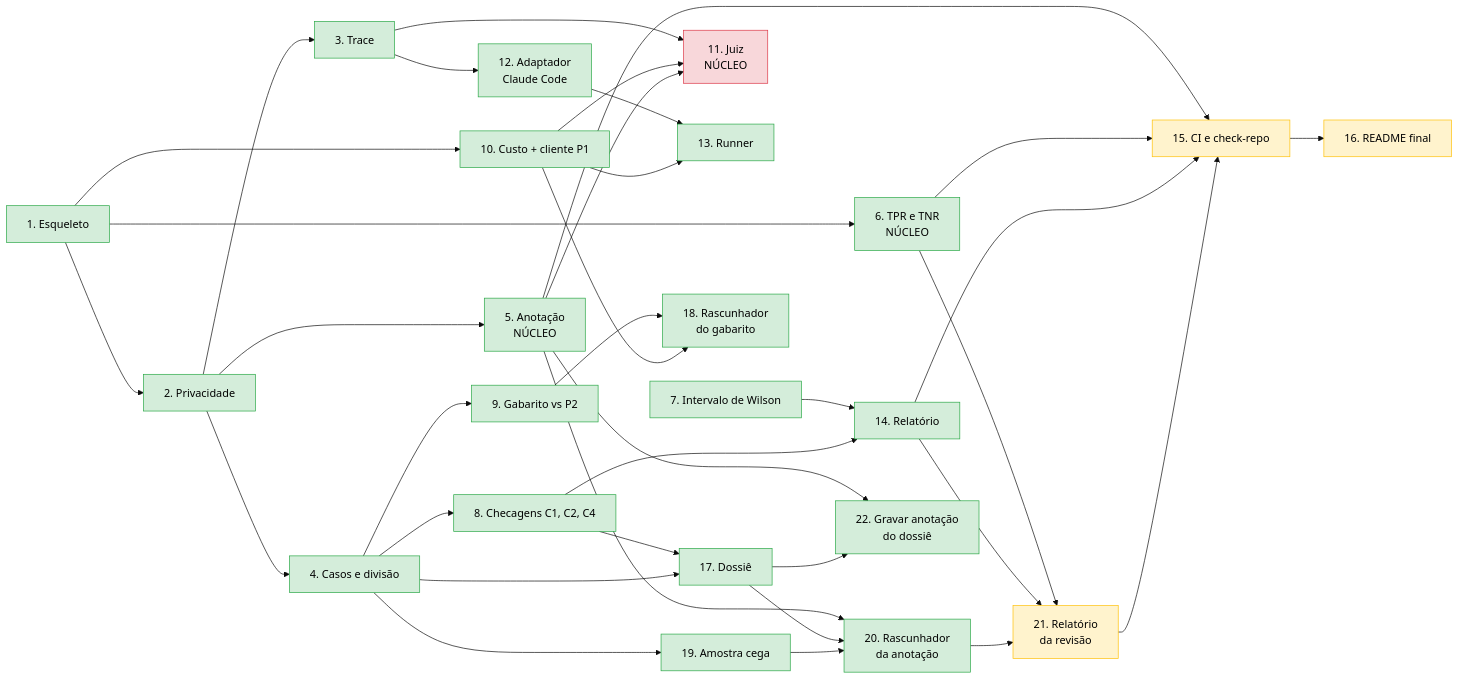
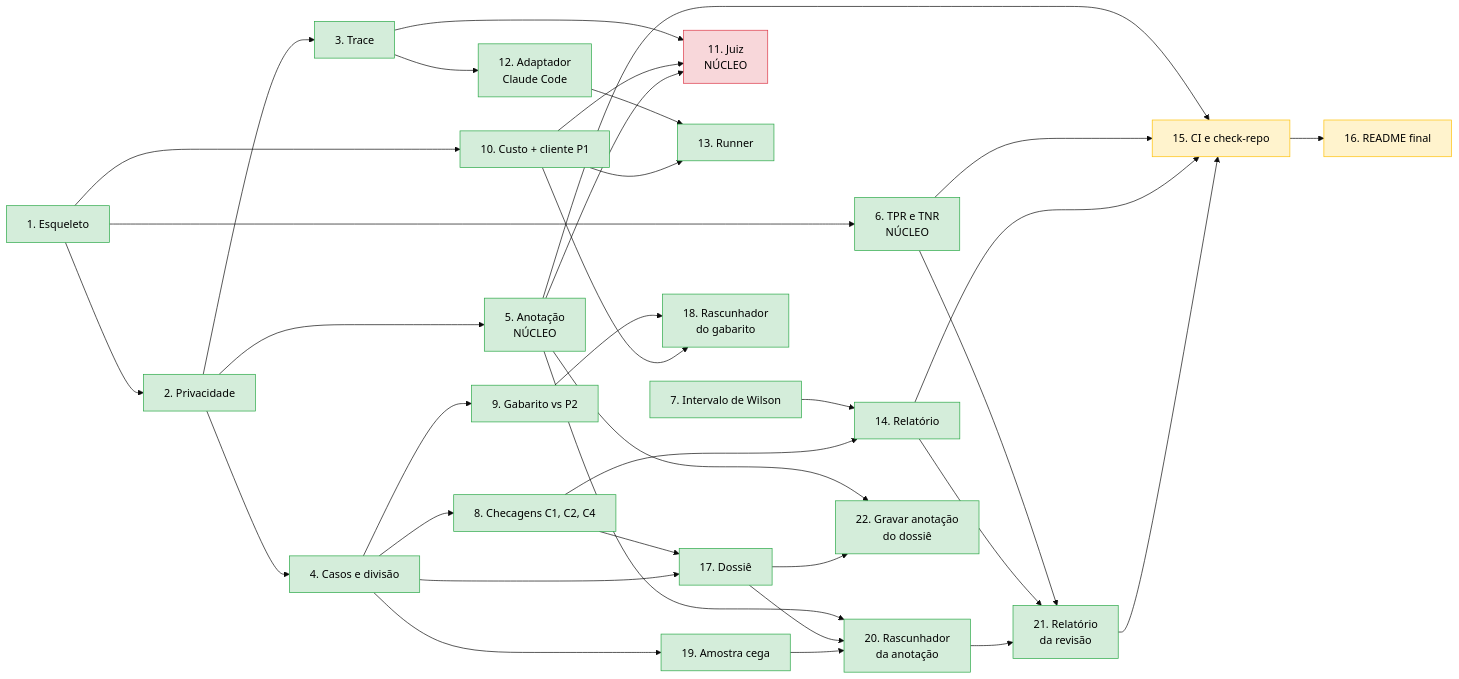
One commit to CristianonCarvalho/harness-p3-evals changed the diagram in docs/diagramas/09-ordem-das-tarefas.md. Above: the diagram before and after it, drawn with Mermaid (base theme). The commit also changed other lines of this file and 5 other files, not shown here.

````diff
--- a/docs/diagramas/09-ordem-das-tarefas.md
+++ b/docs/diagramas/09-ordem-das-tarefas.md
@@ -5,49 +5,49 @@
 ```mermaid
 flowchart LR
     t1["1. Esqueleto"] --> t2["2. Privacidade"]
     t2 --> t3["3. Trace"]
     t2 --> t4["4. Casos e divisão"]
     t4 --> t8["8. Checagens C1, C2, C4"]
     t7["7. Intervalo de Wilson"] --> t14["14. Relatório"]
     t8 --> t14
     t4 --> t9["9. Gabarito vs P2"]
     t1 --> t10["10. Custo + cliente P1"]
 
     t2 --> t5["5. Anotação<br/>NÚCLEO"]
     t1 --> t6["6. TPR e TNR<br/>NÚCLEO"]
     t3 --> t11["11. Juiz<br/>NÚCLEO"]
     t10 --> t11
     t5 --> t11
 
     t3 --> t12["12. Adaptador<br/>Claude Code"]
     t12 --> t13["13. Runner"]
     t10 --> t13
 
     t5 --> t15["15. CI e check-repo"]
     t6 --> t15
     t14 --> t15
     t15 --> t16["16. README final"]
 
     t8 --> t17["17. Dossiê"]
     t4 --> t17
     t9 --> t18["18. Rascunhador<br/>do gabarito"]
     t10 --> t18
     t4 --> t19["19. Amostra cega"]
     t5 --> t20["20. Rascunhador<br/>da anotação"]
     t17 --> t20
     t19 --> t20
     t6 --> t21["21. Relatório<br/>da revisão"]
     t14 --> t21
     t20 --> t21
     t21 --> t15
     t5 --> t22["22. Gravar anotação<br/>do dossiê"]
     t17 --> t22
 
     classDef feito fill:#d4edda,stroke:#28a745,color:#000
     classDef falta fill:#fff3cd,stroke:#ffc107,color:#000
     classDef seu fill:#f8d7da,stroke:#dc3545,color:#000
 
-    class t1,t2,t3,t4,t5,t6,t7,t8,t9,t10,t12,t13,t14,t17,t18,t19,t20,t22 feito
-    class t15,t16,t21 falta
+    class t1,t2,t3,t4,t5,t6,t7,t8,t9,t10,t12,t13,t14,t17,t18,t19,t20,t21,t22 feito
+    class t15,t16 falta
     class t11 seu
 ```
````
